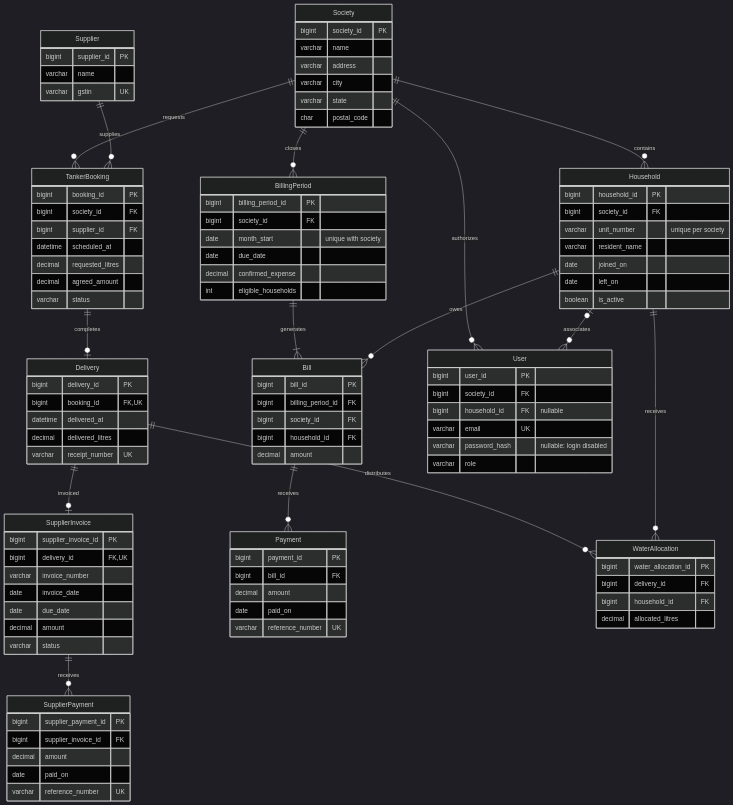
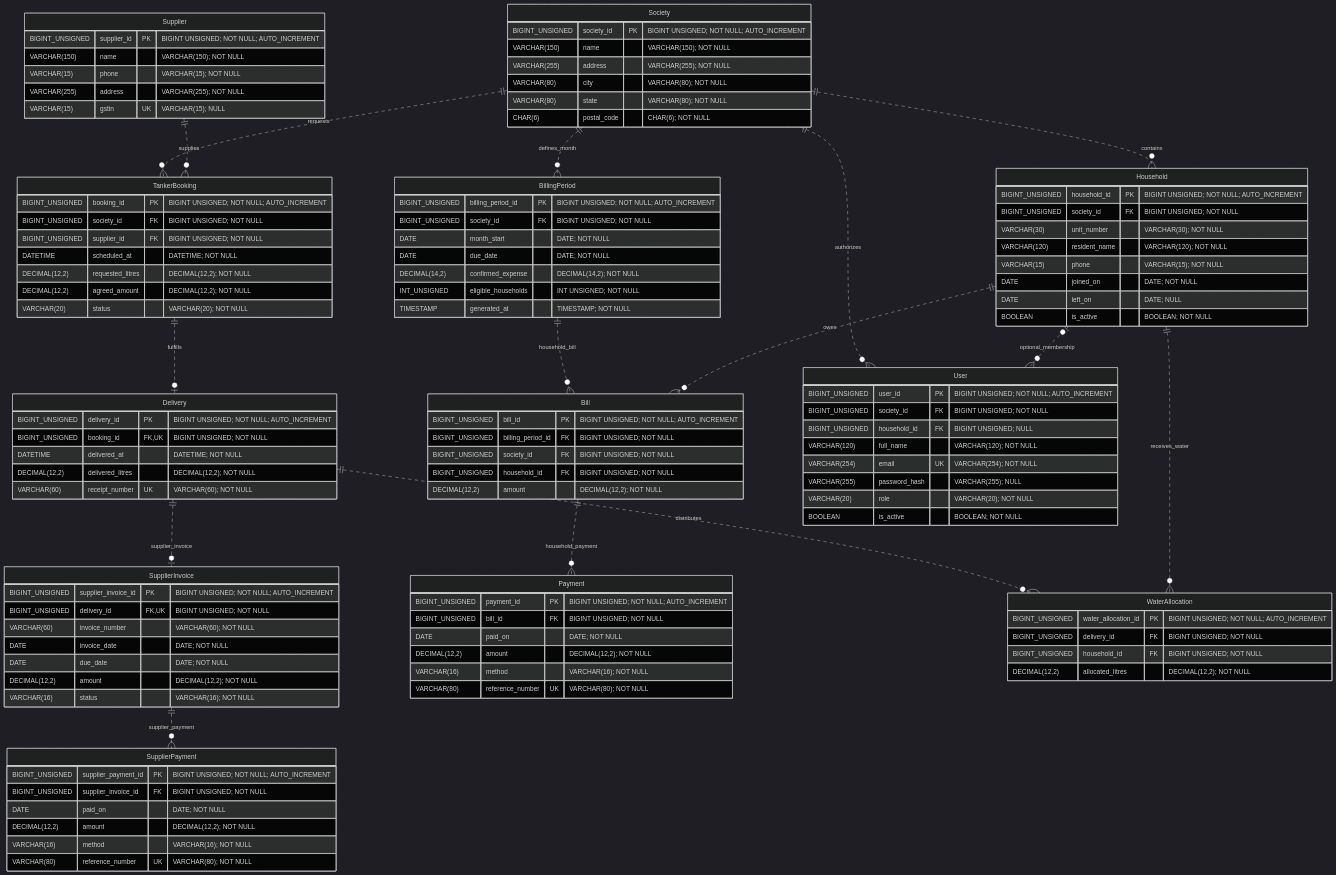
Before and after one commit to jainshrishti2007-a11y/Wasser: the diagram in docs/er-diagram.md, drawn with Mermaid (dark theme). The commit also changed other lines of this file and 3 other files, not shown here.

Commit message:
Add WASSER ER diagram

````diff
--- a/docs/er-diagram.md
+++ b/docs/er-diagram.md
@@ -5,107 +13,116 @@
 ```mermaid
 erDiagram
-    Society ||--o{ Household : contains
-    Society ||--o{ TankerBooking : requests
-    Supplier ||--o{ TankerBooking : supplies
-    TankerBooking ||--o| Delivery : completes
-    Delivery ||--o| SupplierInvoice : invoiced
-    SupplierInvoice ||--o{ SupplierPayment : receives
-    Society ||--o{ BillingPeriod : closes
-    BillingPeriod ||--|{ Bill : generates
-    Household ||--o{ Bill : owes
-    Bill ||--o{ Payment : receives
-    Delivery ||--o{ WaterAllocation : distributes
-    Household ||--o{ WaterAllocation : receives
-    Society ||--o{ User : authorizes
-    Household o|--o{ User : associates
+    direction TB
+    Society ||..o{ Household : contains
+    Society ||..o{ TankerBooking : requests
+    Supplier ||..o{ TankerBooking : supplies
+    TankerBooking ||..o| Delivery : fulfills
+    Society ||..o{ BillingPeriod : defines_month
+    Delivery ||..o| SupplierInvoice : supplier_invoice
+    SupplierInvoice ||..o{ SupplierPayment : supplier_payment
+    BillingPeriod ||..o{ Bill : household_bill
+    Household ||..o{ Bill : owes
+    Bill ||..o{ Payment : household_payment
+    Delivery ||..o{ WaterAllocation : distributes
+    Household ||..o{ WaterAllocation : receives_water
+    Society ||..o{ User : authorizes
+    Household o|..o{ User : optional_membership
     Society {
-        bigint society_id PK
-        varchar name
-        varchar address
-        varchar city
-        varchar state
-        char postal_code
+        BIGINT_UNSIGNED society_id PK "BIGINT UNSIGNED; NOT NULL; AUTO_INCREMENT"
+        VARCHAR(150) name "VARCHAR(150); NOT NULL"
+        VARCHAR(255) address "VARCHAR(255); NOT NULL"
+        VARCHAR(80) city "VARCHAR(80); NOT NULL"
+        VARCHAR(80) state "VARCHAR(80); NOT NULL"
+        CHAR(6) postal_code "CHAR(6); NOT NULL"
     }
     Household {
-        bigint household_id PK
-        bigint society_id FK
-        varchar unit_number "unique per society"
-        varchar resident_name
-        date joined_on
-        date left_on
-        boolean is_active
+        BIGINT_UNSIGNED household_id PK "BIGINT UNSIGNED; NOT NULL; AUTO_INCREMENT"
+        BIGINT_UNSIGNED society_id FK "BIGINT UNSIGNED; NOT NULL"
+        VARCHAR(30) unit_number "VARCHAR(30); NOT NULL"
+        VARCHAR(120) resident_name "VARCHAR(120); NOT NULL"
+        VARCHAR(15) phone "VARCHAR(15); NOT NULL"
+        DATE joined_on "DATE; NOT NULL"
+        DATE left_on "DATE; NULL"
+        BOOLEAN is_active "BOOLEAN; NOT NULL"
     }
     Supplier {
-        bigint supplier_id PK
-        varchar name
-        varchar gstin UK
+        BIGINT_UNSIGNED supplier_id PK "BIGINT UNSIGNED; NOT NULL; AUTO_INCREMENT"
+        VARCHAR(150) name "VARCHAR(150); NOT NULL"
+        VARCHAR(15) phone "VARCHAR(15); NOT NULL"
+        VARCHAR(255) address "VARCHAR(255); NOT NULL"
+        VARCHAR(15) gstin UK "VARCHAR(15); NULL"
     }
     TankerBooking {
-        bigint booking_id PK
-        bigint society_id FK
-        bigint supplier_id FK
-        datetime scheduled_at
-        decimal requested_litres
-        decimal agreed_amount
-        varchar status
+        BIGINT_UNSIGNED booking_id PK "BIGINT UNSIGNED; NOT NULL; AUTO_INCREMENT"
+        BIGINT_UNSIGNED society_id FK "BIGINT UNSIGNED; NOT NULL"
+        BIGINT_UNSIGNED supplier_id FK "BIGINT UNSIGNED; NOT NULL"
+        DATETIME scheduled_at "DATETIME; NOT NULL"
+        DECIMAL(12,2) requested_litres "DECIMAL(12,2); NOT NULL"
+        DECIMAL(12,2) agreed_amount "DECIMAL(12,2); NOT NULL"
+        VARCHAR(20) status "VARCHAR(20); NOT NULL"
     }
     Delivery {
-        bigint delivery_id PK
-        bigint booking_id FK,UK
-        datetime delivered_at
-        decimal delivered_litres
-        varchar receipt_number UK
+        BIGINT_UNSIGNED delivery_id PK "BIGINT UNSIGNED; NOT NULL; AUTO_INCREMENT"
+        BIGINT_UNSIGNED booking_id FK,UK "BIGINT UNSIGNED; NOT NULL"
+        DATETIME delivered_at "DATETIME; NOT NULL"
+        DECIMAL(12,2) delivered_litres "DECIMAL(12,2); NOT NULL"
+        VARCHAR(60) receipt_number UK "VARCHAR(60); NOT NULL"
+    }
+    BillingPeriod {
+        BIGINT_UNSIGNED billing_period_id PK "BIGINT UNSIGNED; NOT NULL; AUTO_INCREMENT"
+        BIGINT_UNSIGNED society_id FK "BIGINT UNSIGNED; NOT NULL"
+        DATE month_start "DATE; NOT NULL"
+        DATE due_date "DATE; NOT NULL"
+        DECIMAL(14,2) confirmed_expense "DECIMAL(14,2); NOT NULL"
+        INT_UNSIGNED eligible_households "INT UNSIGNED; NOT NULL"
+        TIMESTAMP generated_at "TIMESTAMP; NOT NULL"
     }
     SupplierInvoice {
-        bigint supplier_invoice_id PK
-        bigint delivery_id FK,UK
-        varchar invoice_number
-        date invoice_date
-        date due_date
-        decimal amount
-        varchar status
+        BIGINT_UNSIGNED supplier_invoice_id PK "BIGINT UNSIGNED; NOT NULL; AUTO_INCREMENT"
+        BIGINT_UNSIGNED delivery_id FK,UK "BIGINT UNSIGNED; NOT NULL"
+        VARCHAR(60) invoice_number "VARCHAR(60); NOT NULL"
+        DATE invoice_date "DATE; NOT NULL"
+        DATE due_date "DATE; NOT NULL"
+        DECIMAL(12,2) amount "DECIMAL(12,2); NOT NULL"
+        VARCHAR(16) status "VARCHAR(16); NOT NULL"
     }
     SupplierPayment {
-        bigint supplier_payment_id PK
-        bigint supplier_invoice_id FK
-        decimal amount
-        date paid_on
-        varchar reference_number UK
-    }
-    BillingPeriod {
-        bigint billing_period_id PK
-        bigint society_id FK
-        date month_start "unique with society"
-        date due_date
-        decimal confirmed_expense
-        int eligible_households
+        BIGINT_UNSIGNED supplier_payment_id PK "BIGINT UNSIGNED; NOT NULL; AUTO_INCREMENT"
+        BIGINT_UNSIGNED supplier_invoice_id FK "BIGINT UNSIGNED; NOT NULL"
+        DATE paid_on "DATE; NOT NULL"
+        DECIMAL(12,2) amount "DECIMAL(12,2); NOT NULL"
+        VARCHAR(16) method "VARCHAR(16); NOT NULL"
+        VARCHAR(80) reference_number UK "VARCHAR(80); NOT NULL"
     }
     Bill {
-        bigint bill_id PK
-        bigint billing_period_id FK
-        bigint society_id FK
-        bigint household_id FK
-        decimal amount
+        BIGINT_UNSIGNED bill_id PK "BIGINT UNSIGNED; NOT NULL; AUTO_INCREMENT"
+        BIGINT_UNSIGNED billing_period_id FK "BIGINT UNSIGNED; NOT NULL"
+        BIGINT_UNSIGNED society_id FK "BIGINT UNSIGNED; NOT NULL"
+        BIGINT_UNSIGNED household_id FK "BIGINT UNSIGNED; NOT NULL"
+        DECIMAL(12,2) amount "DECIMAL(12,2); NOT NULL"
     }
     Payment {
-        bigint payment_id PK
-        bigint bill_id FK
-        decimal amount
-        date paid_on
-        varchar reference_number UK
+        BIGINT_UNSIGNED payment_id PK "BIGINT UNSIGNED; NOT NULL; AUTO_INCREMENT"
+        BIGINT_UNSIGNED bill_id FK "BIGINT UNSIGNED; NOT NULL"
+        DATE paid_on "DATE; NOT NULL"
+        DECIMAL(12,2) amount "DECIMAL(12,2); NOT NULL"
+        VARCHAR(16) method "VARCHAR(16); NOT NULL"
+        VARCHAR(80) reference_number UK "VARCHAR(80); NOT NULL"
     }
     WaterAllocation {
-        bigint water_allocation_id PK
-        bigint delivery_id FK
-        bigint household_id FK
-        decimal allocated_litres
+        BIGINT_UNSIGNED water_allocation_id PK "BIGINT UNSIGNED; NOT NULL; AUTO_INCREMENT"
+        BIGINT_UNSIGNED delivery_id FK "BIGINT UNSIGNED; NOT NULL"
+        BIGINT_UNSIGNED household_id FK "BIGINT UNSIGNED; NOT NULL"
+        DECIMAL(12,2) allocated_litres "DECIMAL(12,2); NOT NULL"
     }
     User {
-        bigint user_id PK
-        bigint society_id FK
-        bigint household_id FK "nullable"
-        varchar email UK
-        varchar password_hash "nullable: login disabled"
-        varchar role
+        BIGINT_UNSIGNED user_id PK "BIGINT UNSIGNED; NOT NULL; AUTO_INCREMENT"
+        BIGINT_UNSIGNED society_id FK "BIGINT UNSIGNED; NOT NULL"
+        BIGINT_UNSIGNED household_id FK "BIGINT UNSIGNED; NULL"
+        VARCHAR(120) full_name "VARCHAR(120); NOT NULL"
+        VARCHAR(254) email UK "VARCHAR(254); NOT NULL"
+        VARCHAR(255) password_hash "VARCHAR(255); NULL"
+        VARCHAR(20) role "VARCHAR(20); NOT NULL"
+        BOOLEAN is_active "BOOLEAN; NOT NULL"
     }
 ```
````
